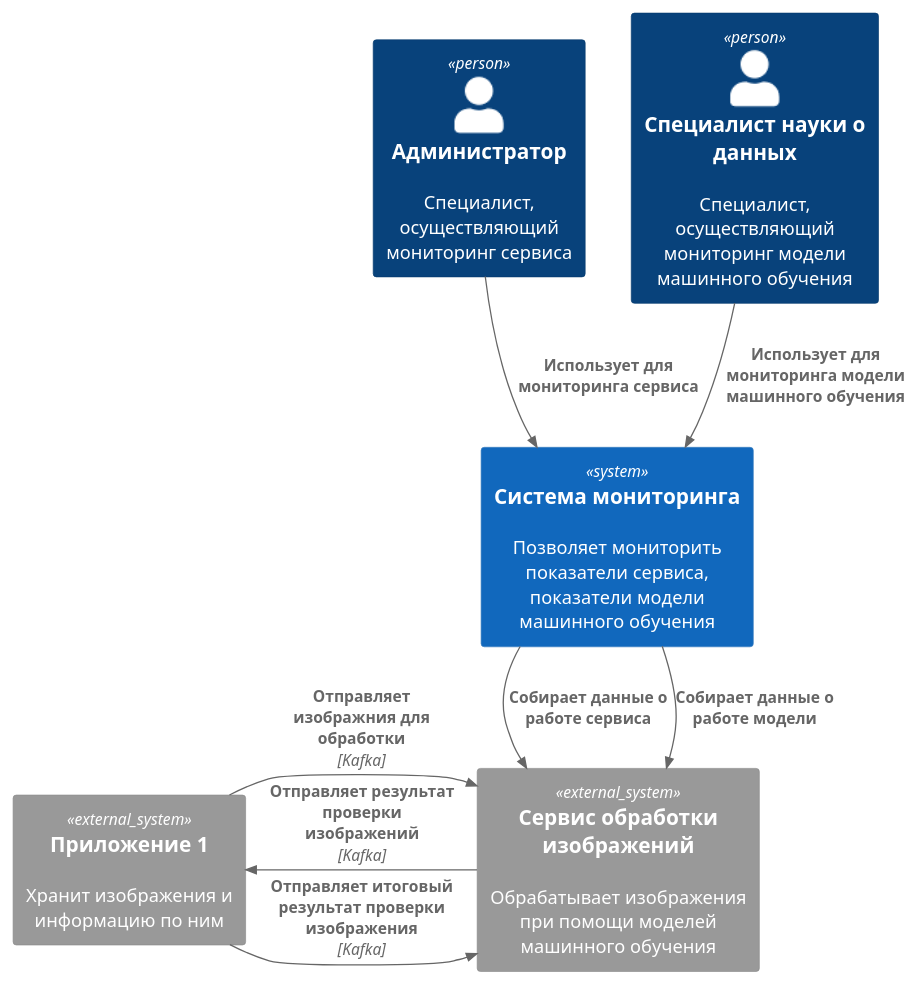
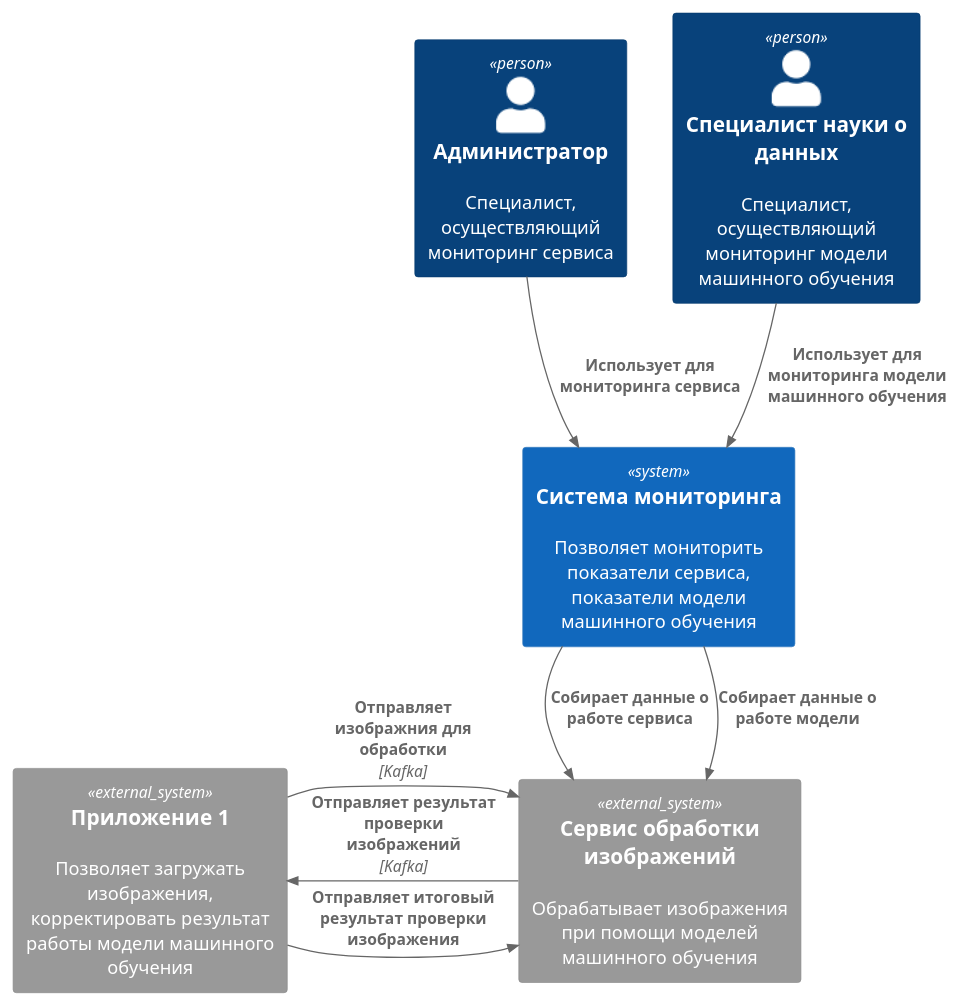
One commit to Dushenin/monitoring-ml-kafka changed the diagram in docs/C4/puml/Context.puml. Above: the diagram before and after it, drawn with PlantUML. The commit also changed 2 other files, not shown here.

```diff
--- a/docs/C4/puml/Context.puml
+++ b/docs/C4/puml/Context.puml
@@ -1,25 +1,25 @@
 @startuml "c4_context_image_service"
 !include ../../libs/C4_Context.puml
 
 ' LAYOUT_WITH_LEGEND()
 
 ' title Контекстная диаграмма системы мониторинга информационно-технологического сервиса обработки изображений
 
 Person(admin, "Администратор", "Специалист, осуществляющий мониторинг сервиса")
 Person(data_scientist, "Специалист науки о данных", "Специалист, осуществляющий мониторинг модели машинного обучения")
 
 System(service_ml_monitoring_system, "Система мониторинга", "Позволяет мониторить показатели сервиса, показатели модели машинного обучения")
 
 System_Ext(ml_service, "Сервис обработки изображений", "Обрабатывает изображения при помощи моделей машинного обучения")
-System_Ext(service_1, "Приложение 1", "Хранит изображения и информацию по ним")
+System_Ext(service_1, "Приложение 1", "Позволяет загружать изображения, корректировать результат работы модели машинного обучения")
 
 Rel(admin, service_ml_monitoring_system, "Использует для мониторинга сервиса")
 Rel(data_scientist, service_ml_monitoring_system, "Использует для мониторинга модели машинного обучения")
 
 Rel_D(service_ml_monitoring_system, ml_service, "Собирает данные о работе сервиса")
 Rel_D(service_ml_monitoring_system, ml_service, "Собирает данные о работе модели")
 
 Rel_Neighbor(service_1, ml_service, "Отправляет изображния для обработки", "Kafka")
 Rel_Neighbor(ml_service, service_1, "Отправляет результат проверки изображений", "Kafka")
-Rel_Neighbor(service_1, ml_service, "Отправляет итоговый результат проверки изображения", "Kafka")
+Rel_Neighbor(service_1, ml_service, "Отправляет итоговый результат проверки изображения")
 @enduml
```
